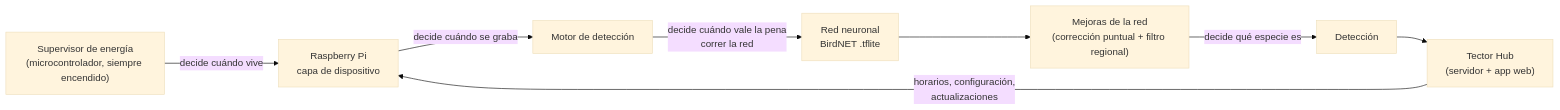
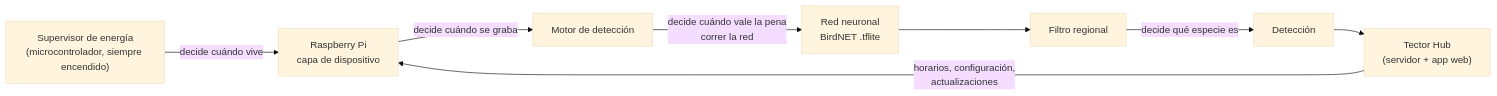
Before and after one commit to LSDArroyoGold/LSD-Tector-2-Software: the first of 2 diagrams in 1_arquitectura/README.md, drawn with Mermaid (base theme). The commit also changed other lines of this file and 10 other files, not shown here.

Commit message:
Saca la corrección puntual, alertas al laboratorio, salud del supervisor y el límite de cantos graves

````diff
--- a/1_arquitectura/README.md
+++ b/1_arquitectura/README.md
@@ -5,10 +5,10 @@
 ```mermaid
 flowchart LR
     S["Supervisor de energía<br/>(microcontrolador, siempre encendido)"] -->|decide cuándo vive| P["Raspberry Pi<br/>capa de dispositivo"]
     P -->|decide cuándo se graba| M["Motor de detección"]
     M -->|decide cuándo vale la pena<br/>correr la red| R["Red neuronal<br/>BirdNET .tflite"]
-    R --> C["Mejoras de la red<br/>(corrección puntual + filtro regional)"]
+    R --> C["Filtro regional"]
     C -->|decide qué especie es| D["Detección"]
     D --> H["Tector Hub<br/>(servidor + app web)"]
     H -->|horarios, configuración,<br/>actualizaciones| P
 ```
````
